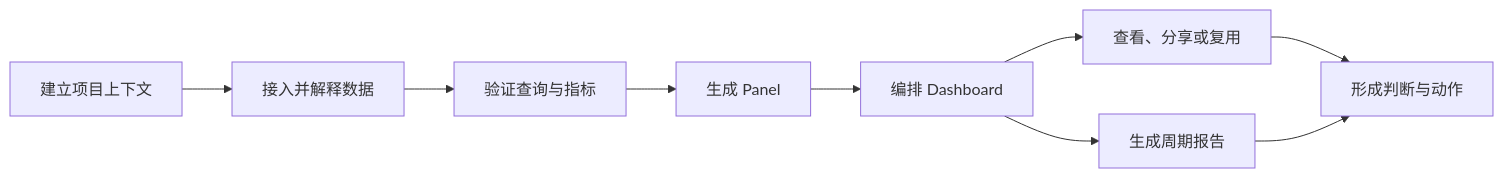
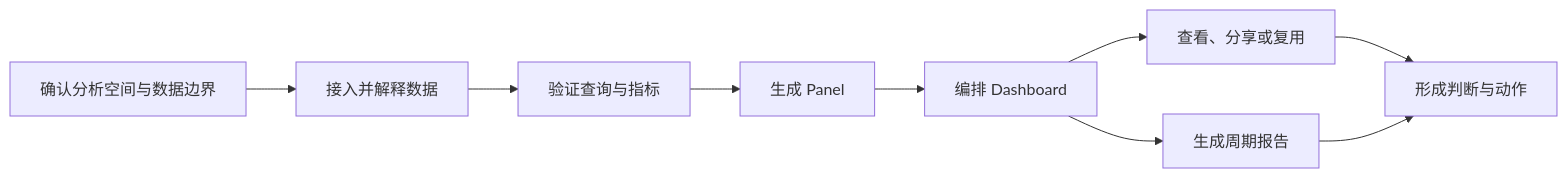
One commit to huangwenxia/ai-web-system changed the first of 2 diagrams in doc/agione-dashboard-business-overview.md. Above: the diagram before and after it, drawn with Mermaid. The commit also changed other lines of this file and 5 other files, not shown here.

````diff
--- a/doc/agione-dashboard-business-overview.md
+++ b/doc/agione-dashboard-business-overview.md
@@ -76,11 +79,11 @@
 ```mermaid
 flowchart LR
-    A["建立项目上下文"] --> B["接入并解释数据"]
+    A["确认分析空间与数据边界"] --> B["接入并解释数据"]
     B --> C["验证查询与指标"]
     C --> D["生成 Panel"]
     D --> E["编排 Dashboard"]
     E --> F["查看、分享或复用"]
     E --> G["生成周期报告"]
     F --> H["形成判断与动作"]
     G --> H
 ```
````
